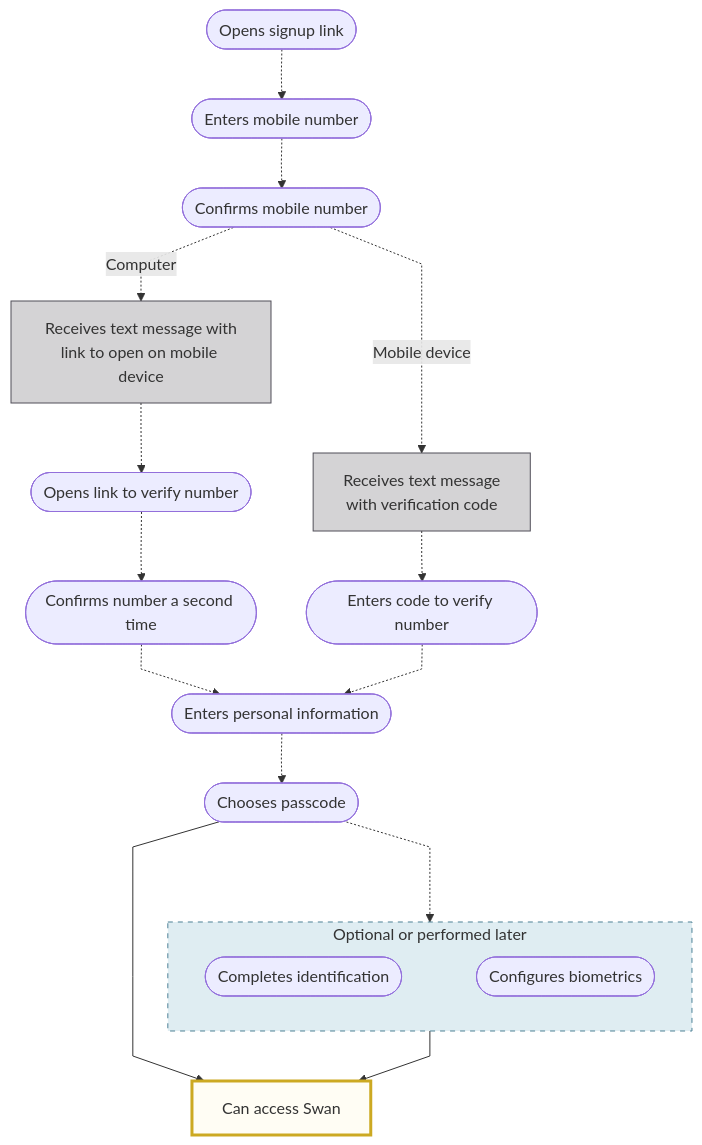
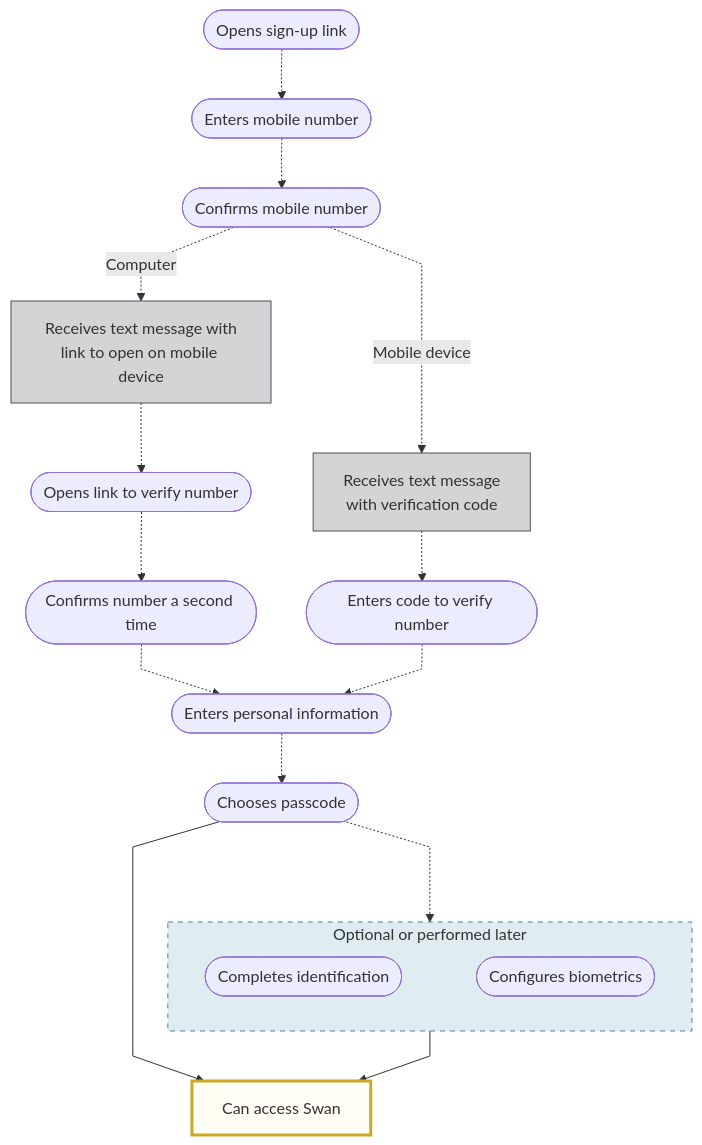
The first of 2 diagrams in docs/topics/users/index.mdx (swan-io/docs), drawn with Mermaid before and after one commit. The commit also changed other lines of this file and 3 other files, not shown here.

````diff
--- a/docs/topics/users/index.mdx
+++ b/docs/topics/users/index.mdx
@@ -50,25 +50,25 @@
 ```mermaid
 %%{ init: { 'flowchart': { 'curve': 'linear' } } }%%
 flowchart TB
-    SUL([Opens signup link]) -.-> M([Enters mobile number])
+    SUL([Opens sign-up link]) -.-> M([Enters mobile number])
     M -.-> C([Confirms mobile number])
     C -.Computer.-> CO[Receives text message with<br />link to open on mobile device]
     C -.Mobile device.-> MD[Receives text message<br />with verification code]
     CO -.-> CO2([Opens link to verify number])
     CO2 -.-> CO3([Confirms number a second time])
     MD -.-> MD2([Enters code to verify number])
     CO3 -.-> PI([Enters personal information])
     MD2 -.-> PI
     PI -.-> P([Chooses passcode])
     P -.-> O
     O --> S[Can access Swan]
     P ----> S
     subgraph O[Optional or performed later]
         direction LR
         IV([Completes identification]) ~~~ B([Configures biometrics])
     end
     style CO fill:#D4D3D5,stroke:#514F59
     style MD fill:#D4D3D5,stroke:#514F59
     style S fill:#fffdf4,stroke:#cca922,stroke-width:3px
     style O fill:#dfedf2,stroke:#4d8296,stroke-dasharray: 5 5
 ```
````
